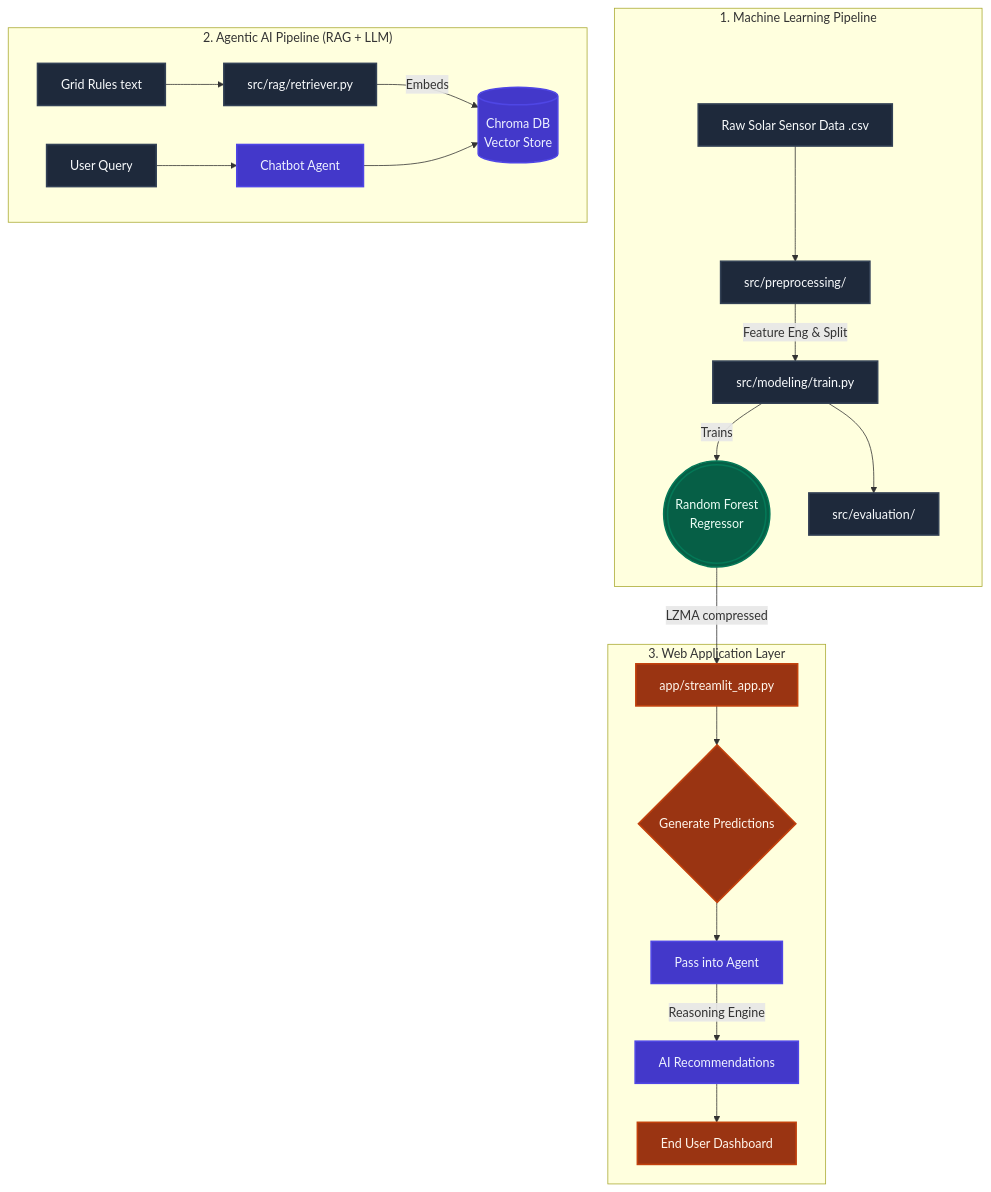
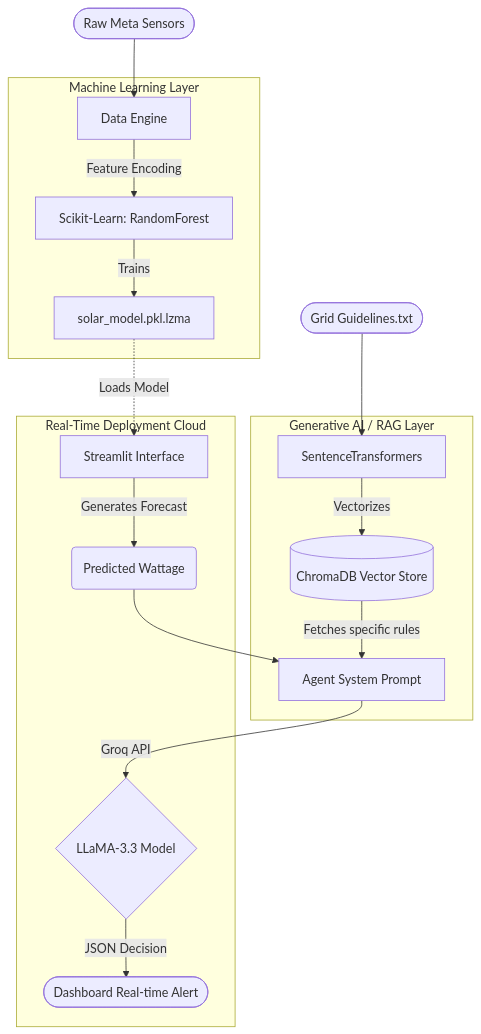
Before and after one commit to namanjain24-sudo/Solar-power-forecasting-ml_2: the first of 2 diagrams in README.md, drawn with Mermaid. The commit also changed other lines of this file and 1 other file, not shown here.

Commit message:
Enhance README with advanced architecture graphics and real output graph

````diff
--- a/README.md
+++ b/README.md
@@ -32,30 +35,24 @@
 ```mermaid
 graph TD
-    %% Styling
-    classDef default fill:#1E293B,stroke:#334155,stroke-width:2px,color:#F8FAFC
-    classDef mlbox fill:#065F46,stroke:#047857,stroke-width:2px,color:#ECFDF5
-    classDef llmbox fill:#4338CA,stroke:#4F46E5,stroke-width:2px,color:#EEF2FF
-    classDef webbox fill:#9A3412,stroke:#C2410C,stroke-width:2px,color:#FFF7ED
-
-    subgraph "1. Machine Learning Pipeline"
-        A[Raw Solar Sensor Data .csv] --> B[src/preprocessing/]
-        B -->|Feature Eng & Split| C[src/modeling/train.py]
-        C -->|Trains| D(((Random Forest<br>Regressor))):::mlbox
-        C --> E[src/evaluation/]
+    A([Raw Meta Sensors]) --> B[Data Engine]
+    
+    subgraph Machine Learning Layer
+        B -->|Feature Encoding| C[Scikit-Learn: RandomForest]
+        C -->|Trains| D[solar_model.pkl.lzma]
     end
-
-    subgraph "2. Agentic AI Pipeline (RAG + LLM)"
-        F[Grid Rules text] --> G[src/rag/retriever.py]
-        G -->|Embeds| H[(Chroma DB<br>Vector Store)]:::llmbox
-        I[User Query] --> J[Chatbot Agent]:::llmbox
+    
+    E([Grid Guidelines.txt]) --> F[SentenceTransformers]
+    
+    subgraph Generative AI / RAG Layer
+        F -->|Vectorizes| G[(ChromaDB Vector Store)]
+        G -->|Fetches specific rules| H[Agent System Prompt]
+    end
+    
+    subgraph Real-Time Deployment Cloud
+        D -.->|Loads Model| I[Streamlit Interface]
+        I -->|Generates Forecast| J(Predicted Wattage)
         J --> H
-    end
-
-    subgraph "3. Web Application Layer"
-        D -->|LZMA compressed| K[app/streamlit_app.py]:::webbox
-        K --> L{Generate Predictions}:::webbox
-        L --> M[Pass into Agent]:::llmbox
-        M -->|Reasoning Engine| N[AI Recommendations]:::llmbox
-        N --> O[End User Dashboard]:::webbox
+        H -->|Groq API| K{LLaMA-3.3 Model}
+        K -->|JSON Decision| L([Dashboard Real-time Alert])
     end
 ```
````
